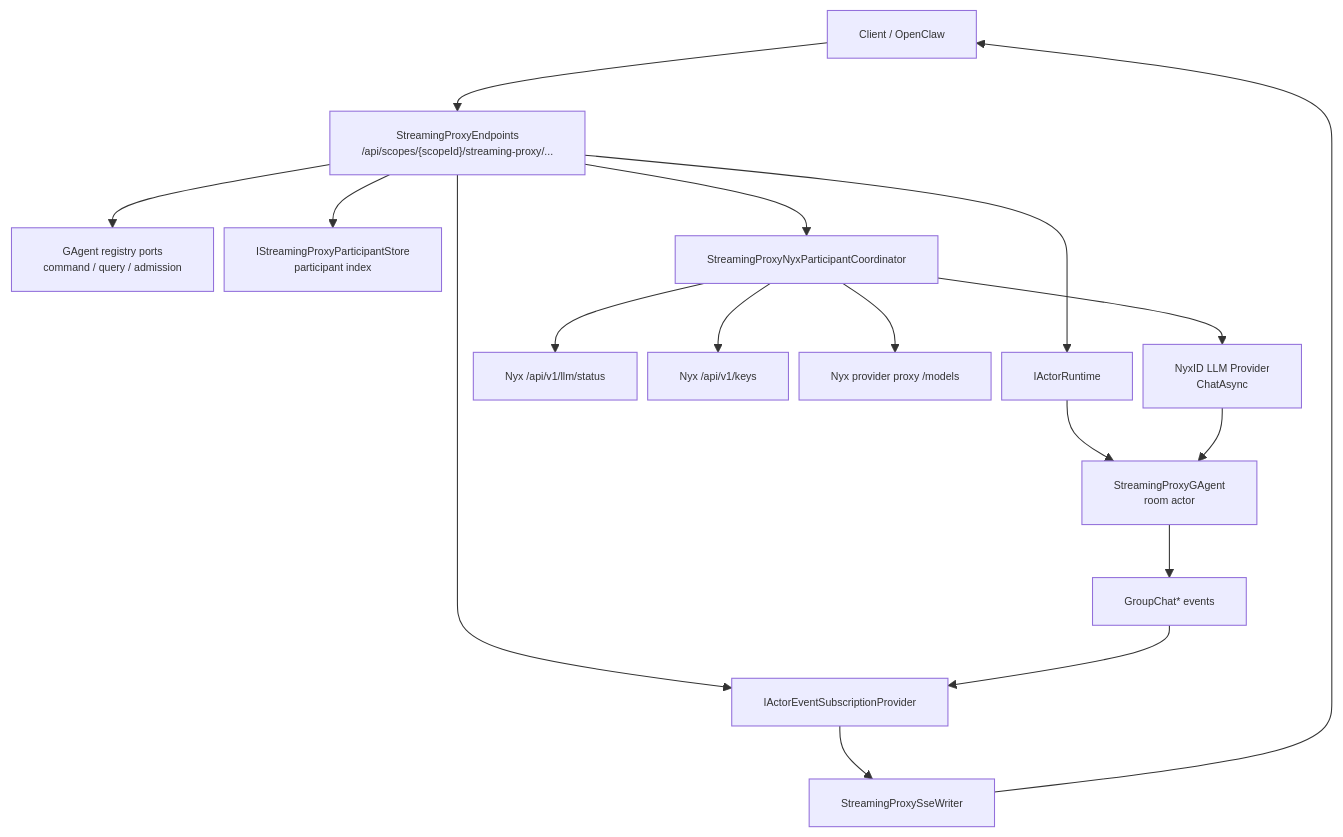
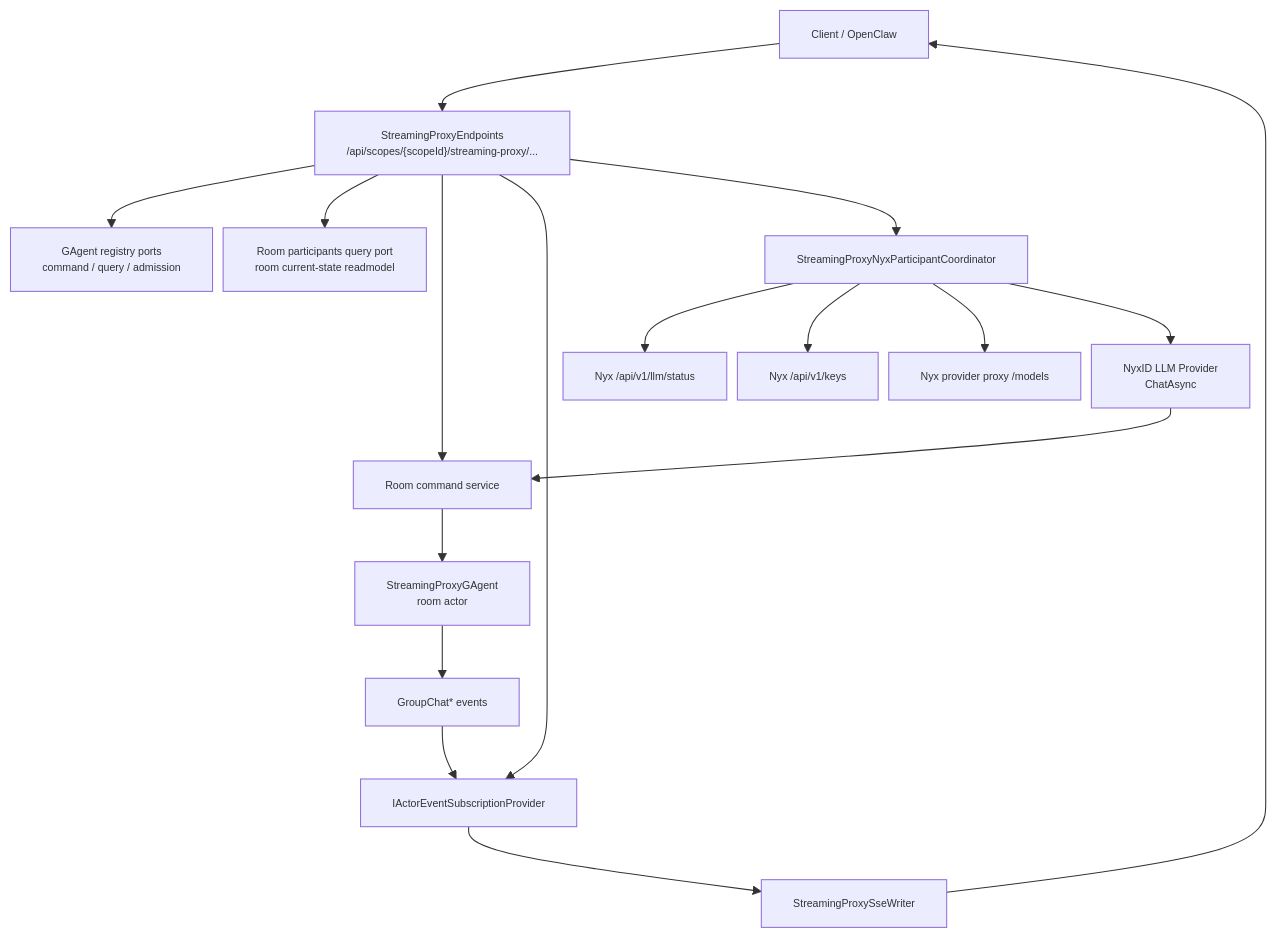
Before and after one commit to aevatarAI/aevatar: the first of 5 diagrams in docs/2026-04-02-streaming-proxy-flow.md, drawn with Mermaid. The commit also changed other lines of this file and 36 other files, not shown here.

First line of the commit message:
iter50 issue-887 streaming-proxy-participant-authority: room actor 单事实源,删 singleton + dual store + readmodel

````diff
--- a/docs/2026-04-02-streaming-proxy-flow.md
+++ b/docs/2026-04-02-streaming-proxy-flow.md
@@ -27,21 +29,21 @@
 ```mermaid
 %%{init: {"maxTextSize": 100000, "flowchart": {"useMaxWidth": false, "nodeSpacing": 10, "rankSpacing": 50}, "themeVariables": {"fontSize": "10px"}}}%%
 flowchart TB
     CL["Client / OpenClaw"] --> API["StreamingProxyEndpoints\n/api/scopes/{scopeId}/streaming-proxy/..."]
     API --> REG["GAgent registry ports\ncommand / query / admission"]
-    API --> PSTORE["IStreamingProxyParticipantStore\nparticipant index"]
-    API --> RT["IActorRuntime"]
-    RT --> ACT["StreamingProxyGAgent\nroom actor"]
+    API --> PARTQ["Room participants query port\nroom current-state readmodel"]
+    API --> ROOMCMD["Room command service"]
+    ROOMCMD --> ACT["StreamingProxyGAgent\nroom actor"]
     API --> SUB["IActorEventSubscriptionProvider"]
     ACT --> EVT["GroupChat* events"]
     EVT --> SUB
     SUB --> SSE["StreamingProxySseWriter"]
     SSE --> CL
 
     API --> NYX["StreamingProxyNyxParticipantCoordinator"]
     NYX --> STATUS["Nyx /api/v1/llm/status"]
     NYX --> KEYS["Nyx /api/v1/keys"]
     NYX --> MODELS["Nyx provider proxy /models"]
     NYX --> LLM["NyxID LLM Provider\nChatAsync"]
-    LLM --> ACT
+    LLM --> ROOMCMD
 ```
````
